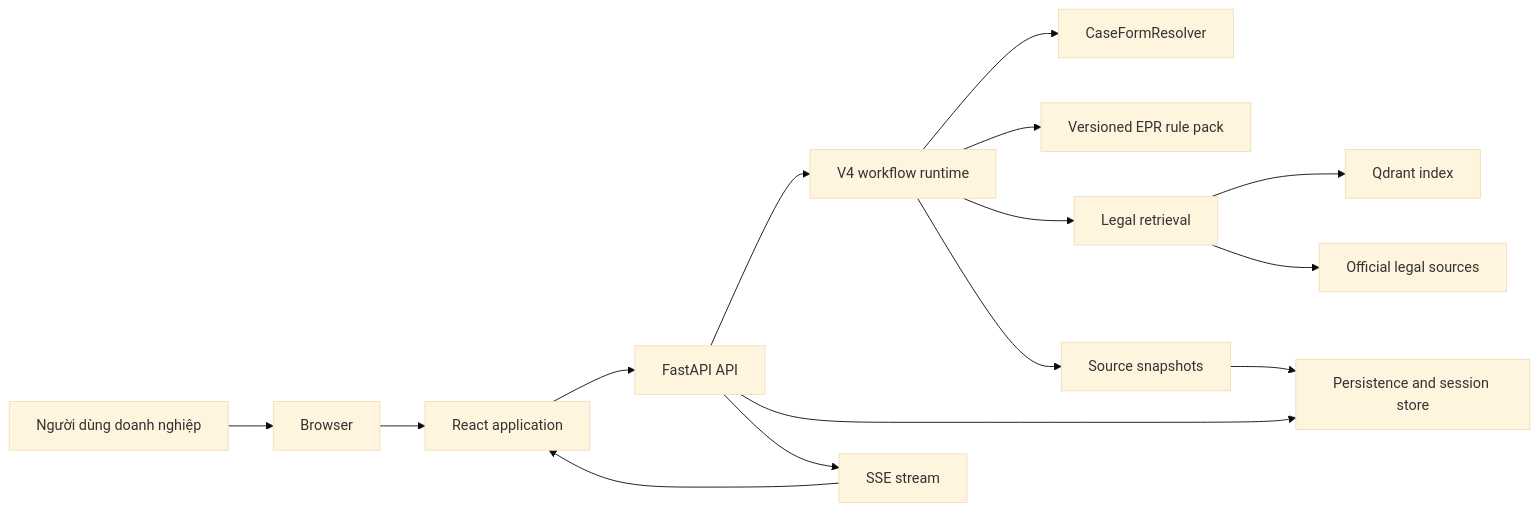
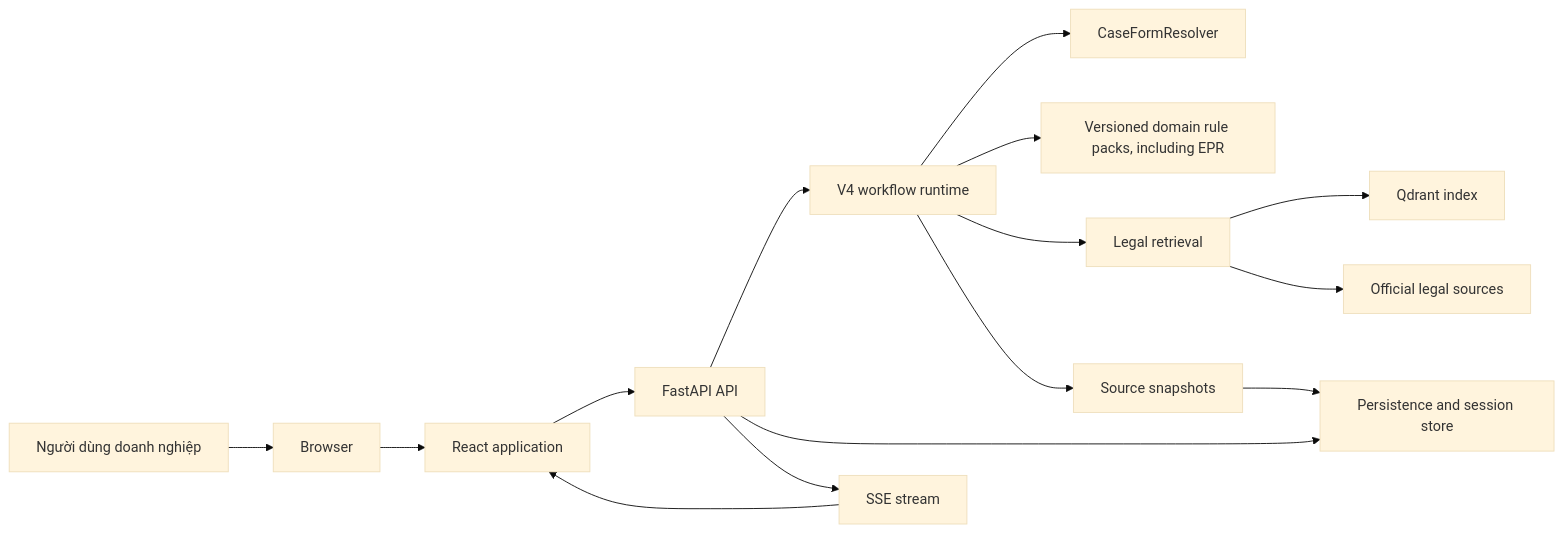
One commit to taitran501/vietnam-legal-agent changed the first of 2 diagrams in docs/architecture/system-overview.md. Above: the diagram before and after it, drawn with Mermaid (base theme). The commit also changed other lines of this file and 36 other files, not shown here.

````diff
--- a/docs/architecture/system-overview.md
+++ b/docs/architecture/system-overview.md
@@ -17,17 +17,17 @@
 ```mermaid
 flowchart LR
     U["Người dùng doanh nghiệp"] --> B["Browser"]
     B --> F["React application"]
     F --> API["FastAPI API"]
     API --> W["V4 workflow runtime"]
     API --> P["Persistence and session store"]
     W --> R["CaseFormResolver"]
-    W --> RP["Versioned EPR rule pack"]
+    W --> RP["Versioned domain rule packs, including EPR"]
     W --> L["Legal retrieval"]
     L --> Q["Qdrant index"]
     L --> O["Official legal sources"]
     W --> S["Source snapshots"]
     S --> P
     API --> E["SSE stream"]
     E --> F
 ```
````
